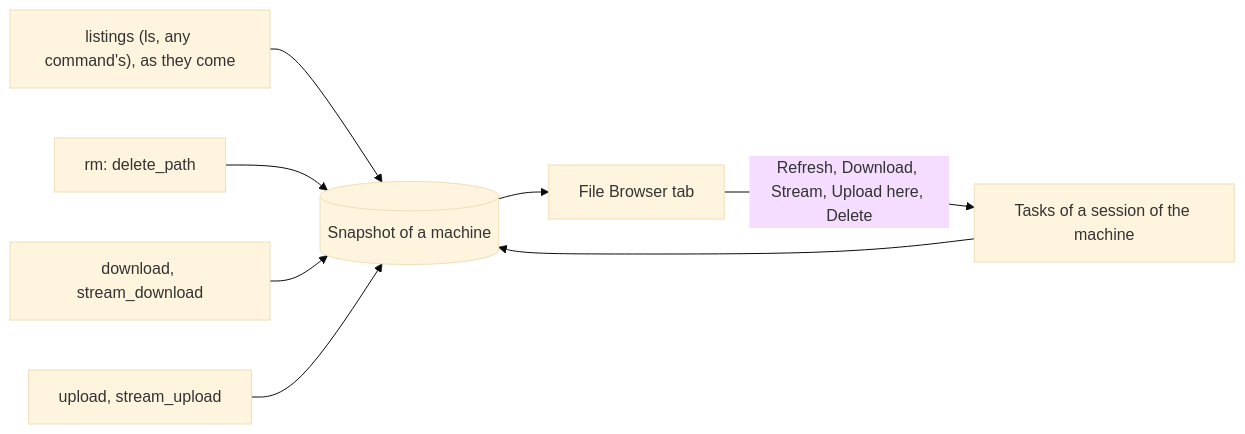
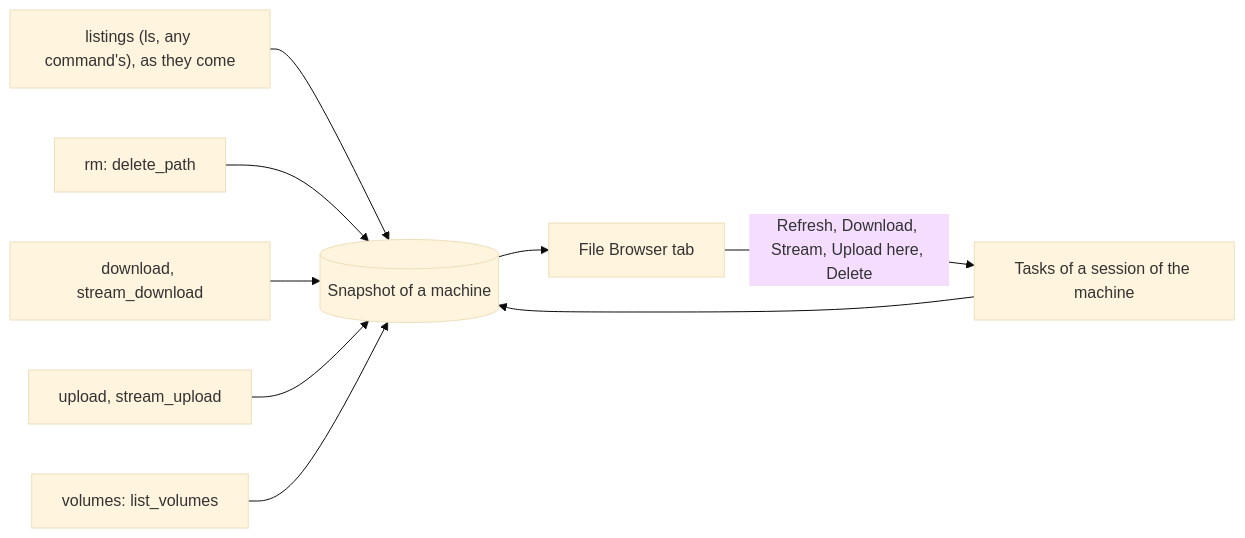
Before and after one commit to LogosCore/logos-docs: the diagram in src/content/docs/contracts/file-browser.md, drawn with Mermaid (base theme). The commit also changed other lines of this file and 8 other files, not shown here.

````diff
--- a/src/content/docs/contracts/file-browser.md
+++ b/src/content/docs/contracts/file-browser.md
@@ -11,10 +11,11 @@
 ```mermaid
 flowchart LR
     LS["listings (ls, any command's), as they come"] --> S[(Snapshot of a machine)]
     RM[rm: delete_path] --> S
     DL[download, stream_download] --> S
     UP[upload, stream_upload] --> S
+    VO[volumes: list_volumes] --> S
     S --> FB[File Browser tab]
     FB -- "Refresh, Download, Stream, Upload here, Delete" --> T[Tasks of a session of the machine]
     T --> S
 ```
````
